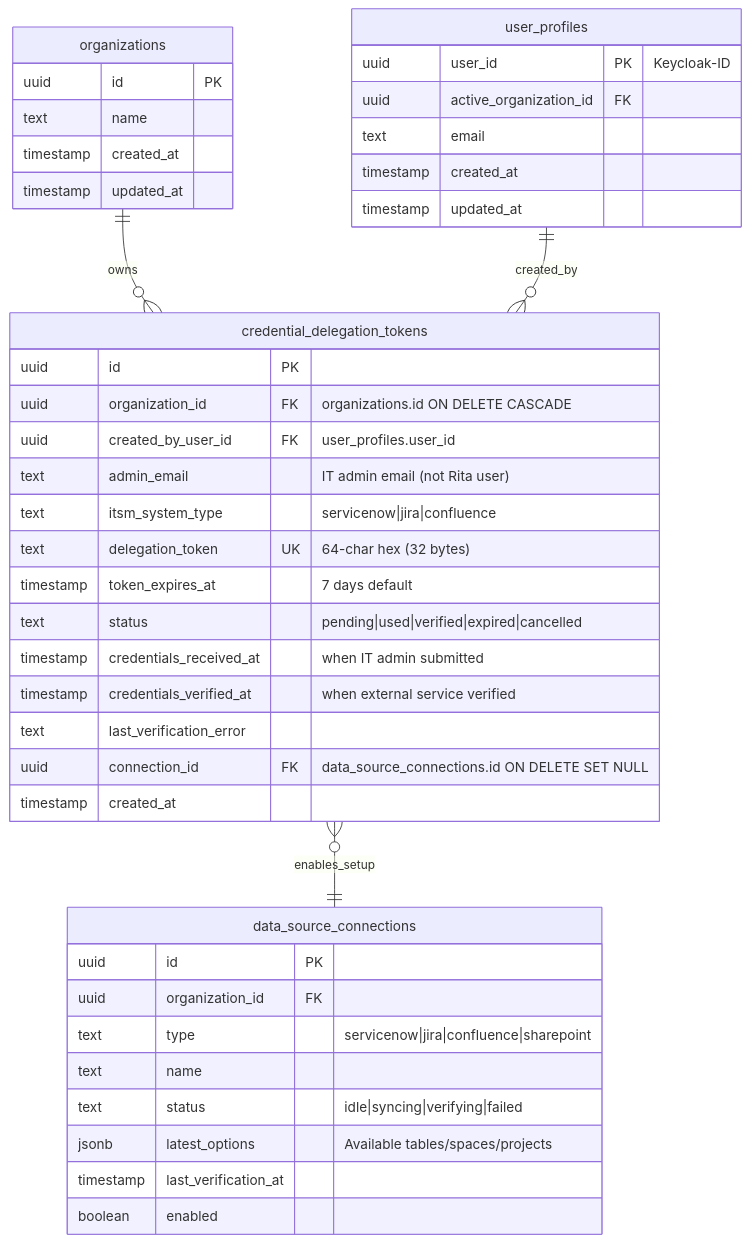
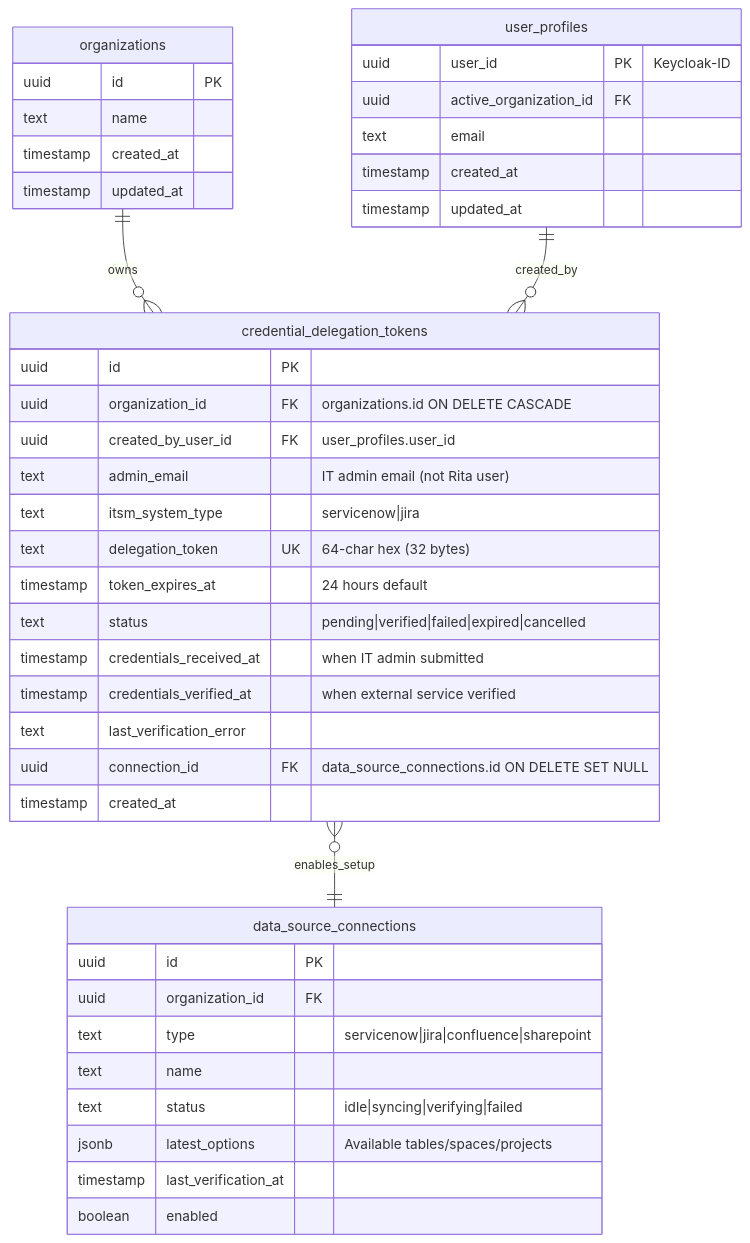
One commit to ewilhelmy-resolve/resolve-prototypes changed the second of 2 diagrams in docs/feat-credential-delegation/technical-design-credential-delegation.md. Above: the diagram before and after it, drawn with Mermaid. The commit also changed other lines of this file and 2 other files, not shown here.

Commit message:
doc(docs.feat-credential-delegation): Update documentation for Credential delegation itsm admin invite

````diff
--- a/docs/feat-credential-delegation/technical-design-credential-delegation.md
+++ b/docs/feat-credential-delegation/technical-design-credential-delegation.md
@@ -234,48 +233,48 @@
 ```mermaid
 erDiagram
     organizations ||--o{ credential_delegation_tokens : "owns"
     user_profiles ||--o{ credential_delegation_tokens : "created_by"
     credential_delegation_tokens }o--|| data_source_connections : "enables_setup"
 
     organizations {
         uuid id PK
         text name
         timestamp created_at
         timestamp updated_at
     }
 
     user_profiles {
         uuid user_id PK "Keycloak-ID"
         uuid active_organization_id FK
         text email
         timestamp created_at
         timestamp updated_at
     }
 
     data_source_connections {
         uuid id PK
         uuid organization_id FK
         text type "servicenow|jira|confluence|sharepoint"
         text name
         text status "idle|syncing|verifying|failed"
         jsonb latest_options "Available tables/spaces/projects"
         timestamp last_verification_at
         boolean enabled
     }
 
     credential_delegation_tokens {
         uuid id PK
         uuid organization_id FK "organizations.id ON DELETE CASCADE"
         uuid created_by_user_id FK "user_profiles.user_id"
         text admin_email "IT admin email (not Rita user)"
-        text itsm_system_type "servicenow|jira|confluence"
+        text itsm_system_type "servicenow|jira"
         text delegation_token UK "64-char hex (32 bytes)"
-        timestamp token_expires_at "7 days default"
-        text status "pending|used|verified|expired|cancelled"
+        timestamp token_expires_at "24 hours default"
+        text status "pending|verified|failed|expired|cancelled"
         timestamp credentials_received_at "when IT admin submitted"
         timestamp credentials_verified_at "when external service verified"
         text last_verification_error
         uuid connection_id FK "data_source_connections.id ON DELETE SET NULL"
         timestamp created_at
     }
 ```
````
